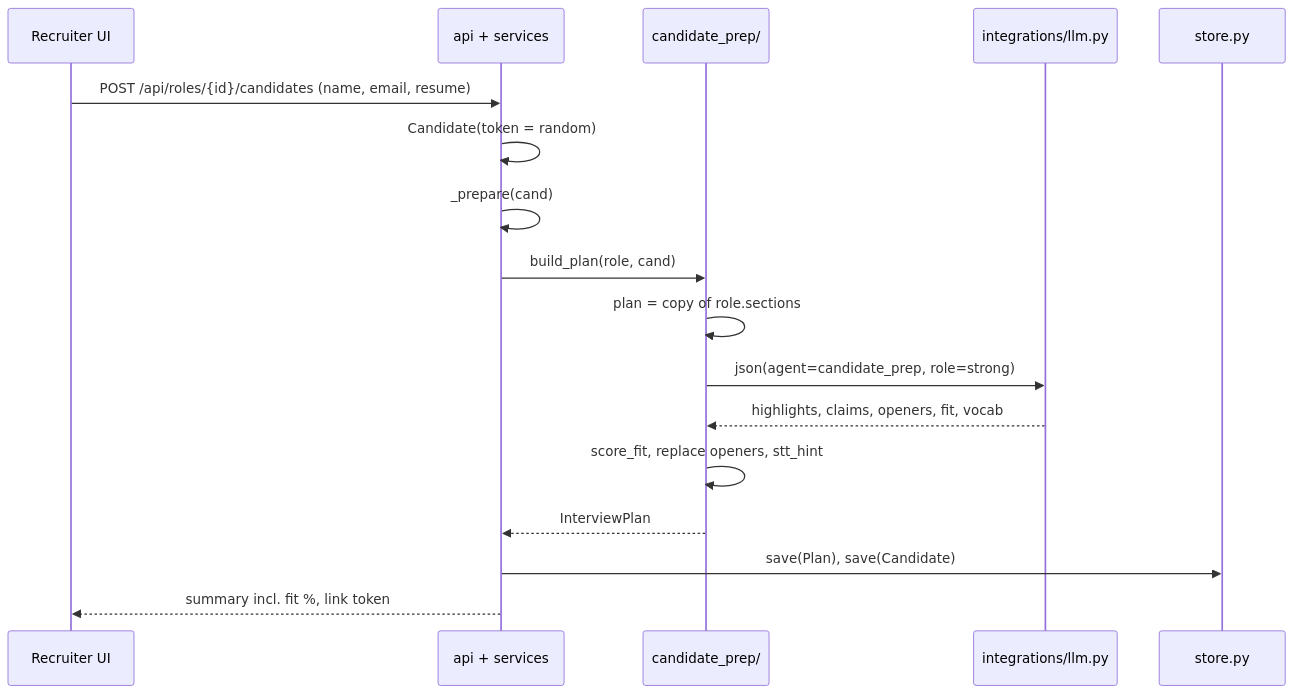
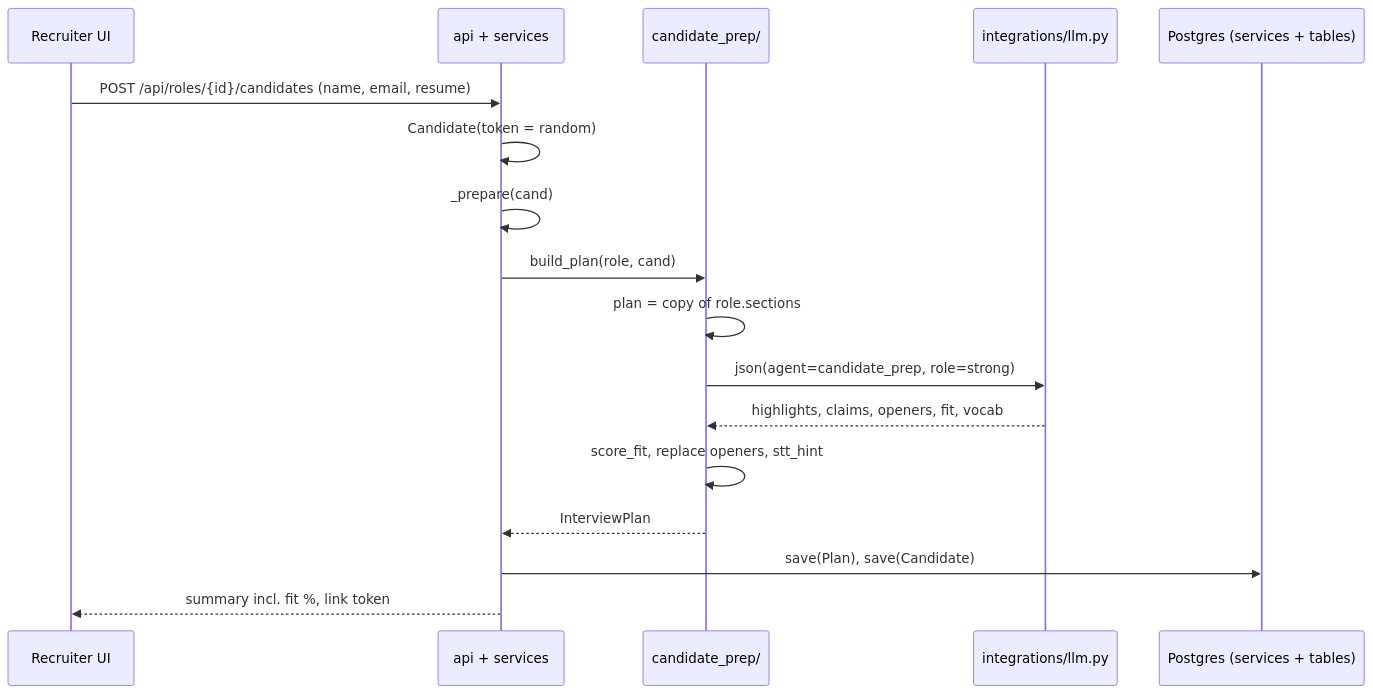
The third of 8 diagrams in docs/system-design.md (CodebyKumar/tryout), drawn with Mermaid before and after one commit. The commit also changed other lines of this file and 30 other files, not shown here.

````diff
--- a/docs/system-design.md
+++ b/docs/system-design.md
@@ -244,19 +250,19 @@
 ```mermaid
 sequenceDiagram
     participant R as Recruiter UI
     participant A as api + services
     participant CP as candidate_prep/
     participant L as integrations/llm.py
-    participant S as store.py
+    participant S as Postgres (services + tables)
     R->>A: POST /api/roles/{id}/candidates (name, email, resume)
     A->>A: Candidate(token = random)
     A->>A: _prepare(cand)
     A->>CP: build_plan(role, cand)
     CP->>CP: plan = copy of role.sections
     CP->>L: json(agent=candidate_prep, role=strong)
     L-->>CP: highlights, claims, openers, fit, vocab
     CP->>CP: score_fit, replace openers, stt_hint
     CP-->>A: InterviewPlan
     A->>S: save(Plan), save(Candidate)
     A-->>R: summary incl. fit %, link token
 ```
````
